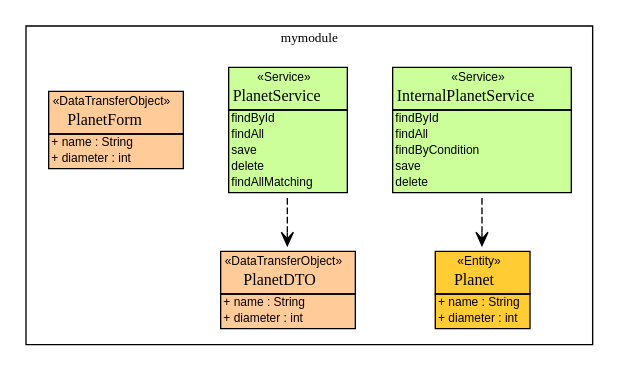
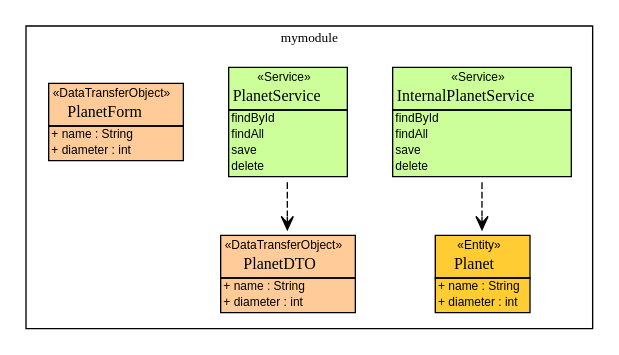
Before and after one commit to felippe97/helloworld1: the diagram in src/site/umlgraph.dot, drawn with Graphviz.

```diff
--- a/src/site/umlgraph.dot
+++ b/src/site/umlgraph.dot
@@ -1,93 +1,91 @@
 digraph G {
 	fontsize = 10
 	node [
 		fontsize = 10
 		fontname="arial"
 		shape=plaintext
 	]
 
 	edge [
 		fontsize = 10
 	]
 subgraph clustermymodule {
 	label = "mymodule"  
 	InternalPlanetService [label=<<table border="0" cellborder="1" cellspacing="0" cellpadding="0" port="p" bgcolor="#CCFF99" >
 	<tr><td>
 	<table border="0" cellspacing="1" cellpadding="1">
 		<tr><td> &laquo;Service&raquo; </td></tr>
 		<tr><td><font face="arialbd"  point-size="12.0"> InternalPlanetService </font></td></tr>
 	</table></td></tr>
 	<tr><td>
 		<table border="0" cellspacing="0" cellpadding="1">	
 	<tr><td align="left">findById</td></tr>			
 	<tr><td align="left">findAll</td></tr>			
-	<tr><td align="left">findByCondition</td></tr>			
 	<tr><td align="left">save</td></tr>			
 	<tr><td align="left">delete</td></tr>			
 		</table>		
 	</td></tr>
 	</table>>, fontname="arial", fontcolor="black", fontsize=9.0];
 	PlanetService [label=<<table border="0" cellborder="1" cellspacing="0" cellpadding="0" port="p" bgcolor="#CCFF99" >
 	<tr><td>
 	<table border="0" cellspacing="1" cellpadding="1">
 		<tr><td> &laquo;Service&raquo; </td></tr>
 		<tr><td><font face="arialbd"  point-size="12.0"> PlanetService </font></td></tr>
 	</table></td></tr>
 	<tr><td>
 		<table border="0" cellspacing="0" cellpadding="1">	
 	<tr><td align="left">findById</td></tr>			
 	<tr><td align="left">findAll</td></tr>			
 	<tr><td align="left">save</td></tr>			
 	<tr><td align="left">delete</td></tr>			
-	<tr><td align="left">findAllMatching</td></tr>			
 		</table>		
 	</td></tr>
 	</table>>, fontname="arial", fontcolor="black", fontsize=9.0];
 	Planet [label=<<table border="0" cellborder="1" cellspacing="0" cellpadding="0" port="p" bgcolor="#FFCC33">
 	<tr><td>
 	<table border="0" cellspacing="1" cellpadding="1">
 		<tr><td> &laquo;Entity&raquo; </td></tr>
 		<tr><td><font face="arialbd"  point-size="12.0"> Planet </font></td></tr>
 	</table></td></tr>
 	<tr><td>
 		<table border="0" cellspacing="0" cellpadding="1">	
 	<tr><td align="left"> + name : String </td></tr>
 	<tr><td align="left"> + diameter : int </td></tr>
 		</table>		
 	</td></tr>
 	</table>>, fontname="arial", fontcolor="black", fontsize=9.0];
 	PlanetDTO [label=<<table border="0" cellborder="1" cellspacing="0" cellpadding="0" port="p" bgcolor="#FFCC99">
 	<tr><td>
 	<table border="0" cellspacing="1" cellpadding="1">
 		<tr><td> &laquo;DataTransferObject&raquo; </td></tr>
 		<tr><td><font face="arialbd"  point-size="12.0"> PlanetDTO </font></td></tr>
 	</table></td></tr>
 	<tr><td>
 		<table border="0" cellspacing="0" cellpadding="1">	
 	<tr><td align="left"> + name : String </td></tr>
 	<tr><td align="left"> + diameter : int </td></tr>
 		</table>		
 	</td></tr>
 	</table>>, fontname="arial", fontcolor="black", fontsize=9.0];
 	PlanetForm [label=<<table border="0" cellborder="1" cellspacing="0" cellpadding="0" port="p" bgcolor="#FFCC99">
 	<tr><td>
 	<table border="0" cellspacing="1" cellpadding="1">
 		<tr><td> &laquo;DataTransferObject&raquo; </td></tr>
 		<tr><td><font face="arialbd"  point-size="12.0"> PlanetForm </font></td></tr>
 	</table></td></tr>
 	<tr><td>
 		<table border="0" cellspacing="0" cellpadding="1">	
 	<tr><td align="left"> + name : String </td></tr>
 	<tr><td align="left"> + diameter : int </td></tr>
 		</table>		
 	</td></tr>
 	</table>>, fontname="arial", fontcolor="black", fontsize=9.0];
 }
 edge [arrowhead = "empty"]
 edge [arrowhead = "none"]
 
 edge [arrowtail="none" arrowhead = "open" headlabel = "" taillabel = "" style = "dashed"]
 PlanetService -> PlanetDTO
 edge [arrowtail="none" arrowhead = "open" headlabel = "" taillabel = "" style = "dashed"]
 InternalPlanetService -> Planet
 }
```
